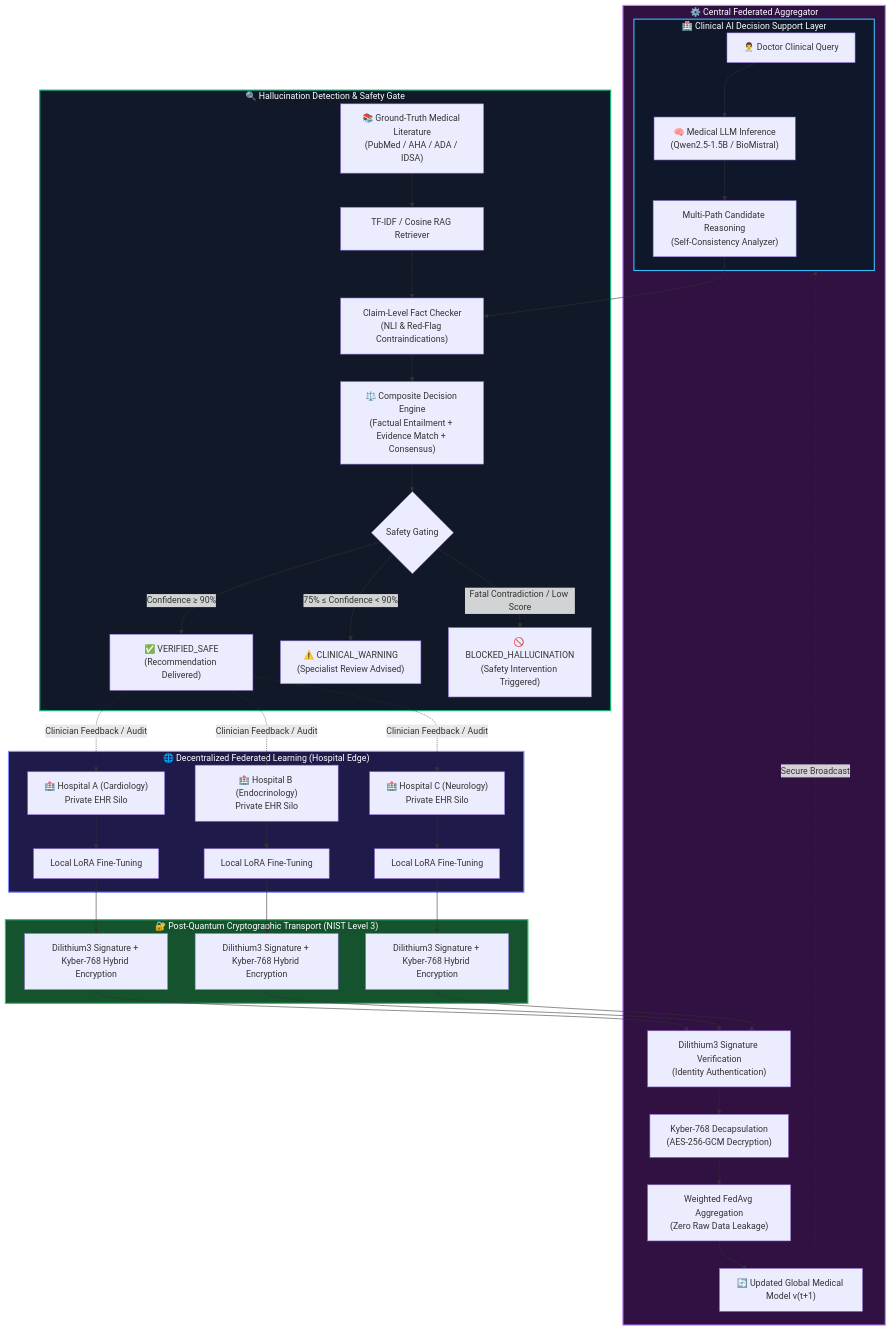
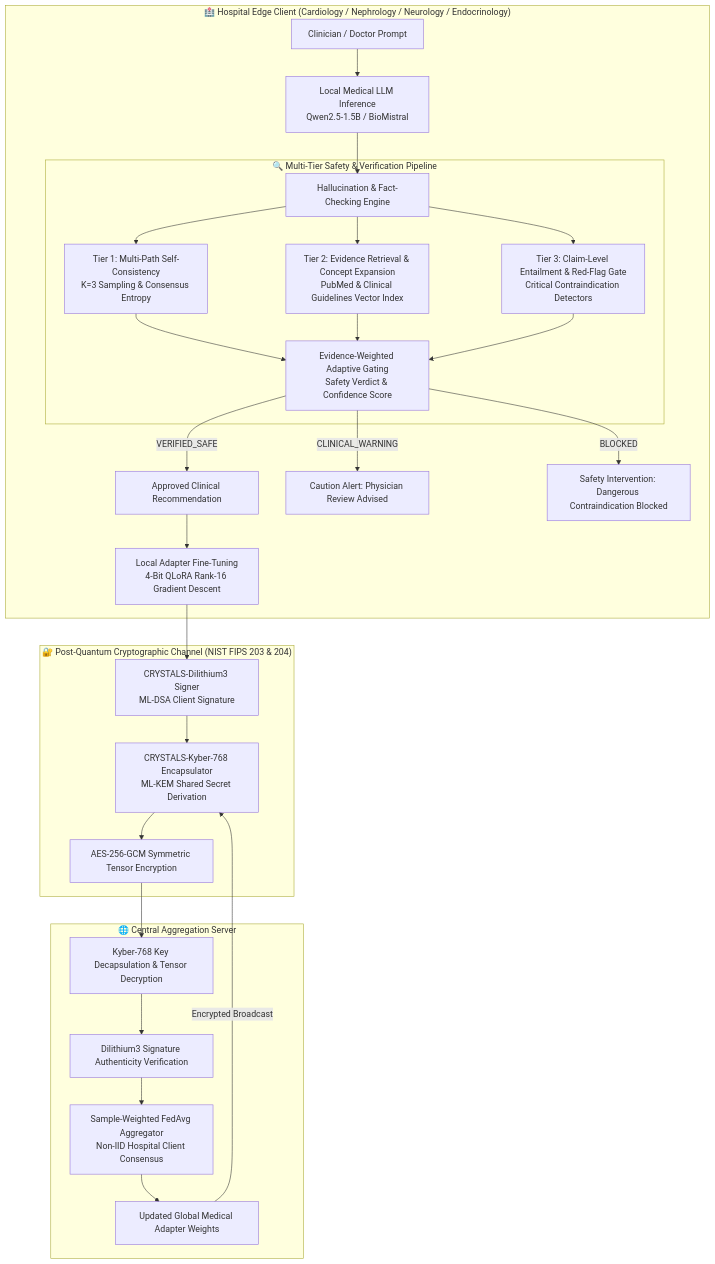
The diagram in README.md (Aniketkoppaka/Quantum-Secure-Federated-Learning-Framework-with-Hallucination-Detection-for-Reliable-Healthcare-AI), drawn with Mermaid before and after one commit. The commit also changed other lines of this file and 7 other files, not shown here.

Commit message:
Finalize architecture: Semantic concept expansion, evidence-weighted adaptive gating, clean notebook training script, and updated multi-scale benchmark results

````diff
--- a/README.md
+++ b/README.md
@@ -15,47 +15,34 @@
 ```mermaid
-flowchart TB
-    subgraph UI ["🏥 Clinical AI Decision Support Layer"]
-        DQ["👨‍⚕️ Doctor Clinical Query"] --> LLM["🧠 Medical LLM Inference<br/>(Qwen2.5-1.5B / BioMistral)"]
-        LLM --> MP["Multi-Path Candidate Reasoning<br/>(Self-Consistency Analyzer)"]
+graph TD
+    subgraph "🏥 Hospital Edge Client (Cardiology / Nephrology / Neurology / Endocrinology)"
+        D[Clinician / Doctor Prompt] --> LLM[Local Medical LLM Inference<br/>Qwen2.5-1.5B / BioMistral]
+        LLM --> DE[Hallucination & Fact-Checking Engine]
+        
+        subgraph "🔍 Multi-Tier Safety & Verification Pipeline"
+            DE --> S1[Tier 1: Multi-Path Self-Consistency<br/>K=3 Sampling & Consensus Entropy]
+            DE --> S2[Tier 2: Evidence Retrieval & Concept Expansion<br/>PubMed & Clinical Guidelines Vector Index]
+            DE --> S3[Tier 3: Claim-Level Entailment & Red-Flag Gate<br/>Critical Contraindication Detectors]
+            S1 & S2 & S3 --> SC[Evidence-Weighted Adaptive Gating<br/>Safety Verdict & Confidence Score]
+        end
+        
+        SC -->|VERIFIED_SAFE| OUT[Approved Clinical Recommendation]
+        SC -->|CLINICAL_WARNING| WARN[Caution Alert: Physician Review Advised]
+        SC -->|BLOCKED| BLK[Safety Intervention: Dangerous Contraindication Blocked]
+        
+        OUT --> TRAIN[Local Adapter Fine-Tuning<br/>4-Bit QLoRA Rank-16 Gradient Descent]
     end
 
-    subgraph HE ["🔍 Hallucination Detection & Safety Gate"]
-        MP --> NLI["Claim-Level Fact Checker<br/>(NLI & Red-Flag Contraindications)"]
-        PUB["📚 Ground-Truth Medical Literature<br/>(PubMed / AHA / ADA / IDSA)"] --> RAG["TF-IDF / Cosine RAG Retriever"]
-        RAG --> NLI
-        NLI --> DE["⚖️ Composite Decision Engine<br/>(Factual Entailment + Evidence Match + Consensus)"]
-        DE --> Gating{"Safety Gating"}
-        Gating -->|"Confidence ≥ 90%"| SAFE["✅ VERIFIED_SAFE<br/>(Recommendation Delivered)"]
-        Gating -->|"75% ≤ Confidence < 90%"| WARN["⚠️ CLINICAL_WARNING<br/>(Specialist Review Advised)"]
-        Gating -->|"Fatal Contradiction / Low Score"| BLOCKED["🚫 BLOCKED_HALLUCINATION<br/>(Safety Intervention Triggered)"]
+    subgraph "🔐 Post-Quantum Cryptographic Channel (NIST FIPS 203 & 204)"
+        TRAIN --> DS[CRYSTALS-Dilithium3 Signer<br/>ML-DSA Client Signature]
+        DS --> KYB[CRYSTALS-Kyber-768 Encapsulator<br/>ML-KEM Shared Secret Derivation]
+        KYB --> ENC[AES-256-GCM Symmetric Tensor Encryption]
     end
 
-    subgraph FL ["🌐 Decentralized Federated Learning (Hospital Edge)"]
-        SAFE -.->|"Clinician Feedback / Audit"| H1["🏥 Hospital A (Cardiology)<br/>Private EHR Silo"]
-        SAFE -.->|"Clinician Feedback / Audit"| H2["🏥 Hospital B (Endocrinology)<br/>Private EHR Silo"]
-        SAFE -.->|"Clinician Feedback / Audit"| H3["🏥 Hospital C (Neurology)<br/>Private EHR Silo"]
-        H1 --> LT1["Local LoRA Fine-Tuning"]
-        H2 --> LT2["Local LoRA Fine-Tuning"]
-        H3 --> LT3["Local LoRA Fine-Tuning"]
+    subgraph "🌐 Central Aggregation Server"
+        ENC --> DEC[Kyber-768 Key Decapsulation & Tensor Decryption]
+        DEC --> VER[Dilithium3 Signature Authenticity Verification]
+        VER --> FED[Sample-Weighted FedAvg Aggregator<br/>Non-IID Hospital Client Consensus]
+        FED --> GMOD[Updated Global Medical Adapter Weights]
+        GMOD -->|Encrypted Broadcast| KYB
     end
-
-    subgraph PQC ["🔐 Post-Quantum Cryptographic Transport (NIST Level 3)"]
-        LT1 --> PQC1["Dilithium3 Signature + Kyber-768 Hybrid Encryption"]
-        LT2 --> PQC2["Dilithium3 Signature + Kyber-768 Hybrid Encryption"]
-        LT3 --> PQC3["Dilithium3 Signature + Kyber-768 Hybrid Encryption"]
-    end
-
-    subgraph SRV ["⚙️ Central Federated Aggregator"]
-        PQC1 & PQC2 & PQC3 --> DIL_VER["Dilithium3 Signature Verification<br/>(Identity Authentication)"]
-        DIL_VER --> KYB_DEC["Kyber-768 Decapsulation<br/>(AES-256-GCM Decryption)"]
-        KYB_DEC --> FEDAVG["Weighted FedAvg Aggregation<br/>(Zero Raw Data Leakage)"]
-        FEDAVG --> GLOBAL["🔄 Updated Global Medical Model v(t+1)"]
-        GLOBAL -.->|"Secure Broadcast"| UI
-    end
-
-    style UI fill:#0f172a,stroke:#38bdf8,stroke-width:2px,color:#fff
-    style HE fill:#111827,stroke:#10b981,stroke-width:2px,color:#fff
-    style FL fill:#1e1b4b,stroke:#818cf8,stroke-width:2px,color:#fff
-    style PQC fill:#14532d,stroke:#22c55e,stroke-width:2px,color:#fff
-    style SRV fill:#311042,stroke:#c084fc,stroke-width:2px,color:#fff
 ```
````
